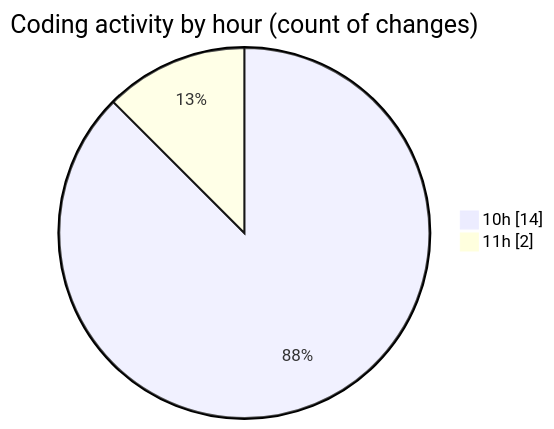
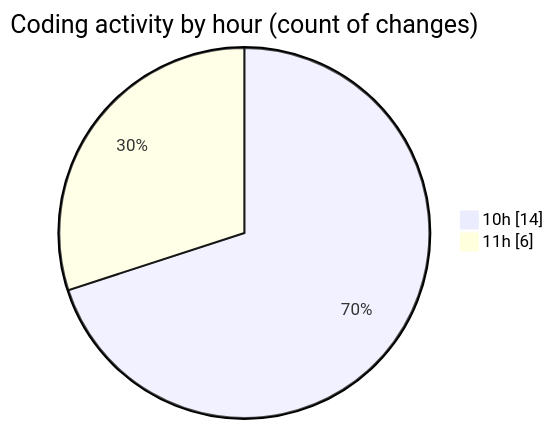
One commit to robertbonfada/code-tracking changed the second of 2 diagrams in 2025-01-29/audiobooks-web/README.md. Above: the diagram before and after it, drawn with Mermaid. The commit also changed other lines of this file and 1 other file, not shown here.

````diff
--- a/2025-01-29/audiobooks-web/README.md
+++ b/2025-01-29/audiobooks-web/README.md
@@ -33,6 +33,6 @@
 ```mermaid
 pie showData
 title Coding activity by hour (count of changes)
 "10h" : 14
-"11h" : 2
+"11h" : 6
 ```
````
